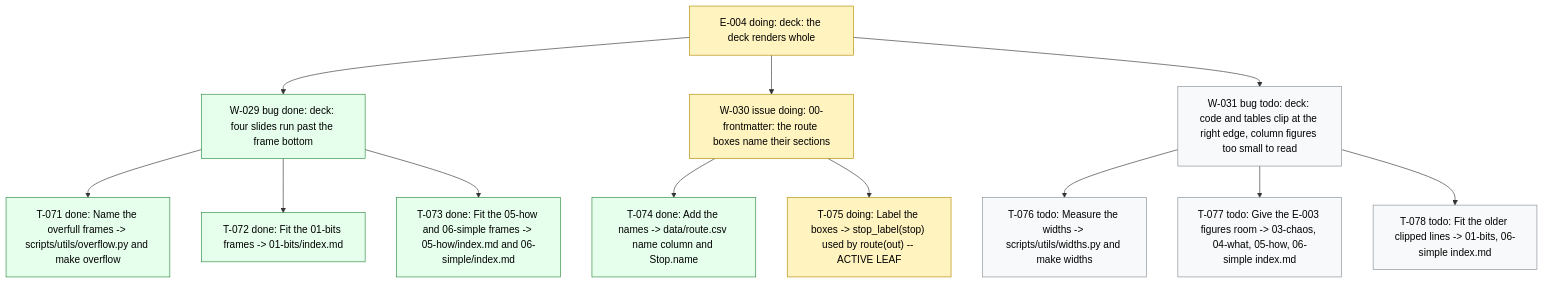
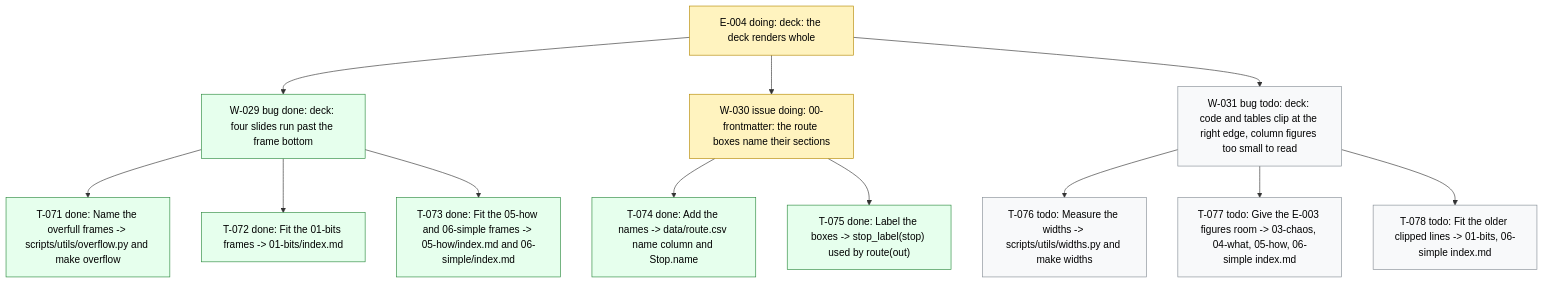
Before and after one commit to dpopchev/chaos-to-simple: the diagram in .board/BOARD.md, drawn with Mermaid. The commit also changed other lines of this file and 1 other file, not shown here.

Commit message:
chore(board): close T-075 -- W-030 ready to land
Refs: W-030 T-075

````diff
--- a/.board/BOARD.md
+++ b/.board/BOARD.md
@@ -193,23 +193,23 @@
 ```mermaid
 flowchart TD
   E004["E-004 doing: deck: the deck renders whole"]
   E004 --> W029["W-029 bug done: deck: four slides run past the frame bottom"]
   W029 --> T071["T-071 done: Name the overfull frames -> scripts/utils/overflow.py and make overflow"]
   W029 --> T072["T-072 done: Fit the 01-bits frames -> 01-bits/index.md"]
   W029 --> T073["T-073 done: Fit the 05-how and 06-simple frames -> 05-how/index.md and 06-simple/index.md"]
   E004 --> W030["W-030 issue doing: 00-frontmatter: the route boxes name their sections"]
   W030 --> T074["T-074 done: Add the names -> data/route.csv name column and Stop.name"]
-  W030 --> T075["T-075 doing: Label the boxes -> stop_label(stop) used by route(out) -- ACTIVE LEAF"]
+  W030 --> T075["T-075 done: Label the boxes -> stop_label(stop) used by route(out)"]
   E004 --> W031["W-031 bug todo: deck: code and tables clip at the right edge, column figures too small to read"]
   W031 --> T076["T-076 todo: Measure the widths -> scripts/utils/widths.py and make widths"]
   W031 --> T077["T-077 todo: Give the E-003 figures room -> 03-chaos, 04-what, 05-how, 06-simple index.md"]
   W031 --> T078["T-078 todo: Fit the older clipped lines -> 01-bits, 06-simple index.md"]
   classDef doing fill:#fff3bf,stroke:#b58900,color:#000;
   classDef blocked fill:#ffe3e3,stroke:#c92a2a,color:#000;
   classDef done fill:#e6ffed,stroke:#2b8a3e,color:#000;
   classDef todo fill:#f8f9fa,stroke:#868e96,color:#000;
   classDef pruned fill:#f1f3f5,stroke:#adb5bd,color:#000;
-  class E004,W030,T075 doing
-  class W029,T071,T072,T073,T074 done
+  class E004,W030 doing
+  class W029,T071,T072,T073,T074,T075 done
   class W031,T076,T077,T078 todo
 ```
````
